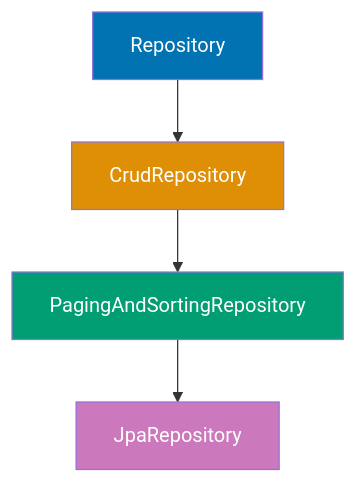
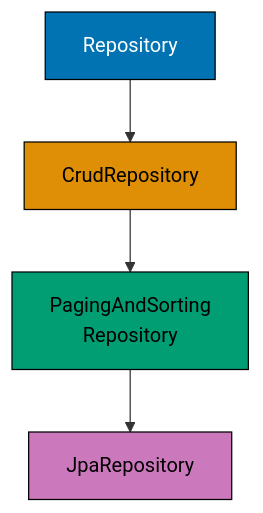
One commit to wahidyankf/ose-public changed the sixth of 10 diagrams in apps/ayokoding-www/content/en/learn/legacy/software-engineering/platforms/web/tools/jvm-spring-boot/by-example/beginner.md. Above: the diagram before and after it, drawn with Mermaid. The commit also changed other lines of this file and 130 other files, not shown here.

First line of the commit message:
fix(mermaid): bring the legacy platforms diagrams onto the accessible palette

````diff
--- a/apps/ayokoding-www/content/en/learn/legacy/software-engineering/platforms/web/tools/jvm-spring-boot/by-example/beginner.md
+++ b/apps/ayokoding-www/content/en/learn/legacy/software-engineering/platforms/web/tools/jvm-spring-boot/by-example/beginner.md
@@ -1737,12 +1771,19 @@
 ```mermaid
 %% Color Palette: Blue #0173B2, Orange #DE8F05, Teal #029E73, Purple #CC78BC, Brown #CA9161
 graph TD
+    accTitle: Example 10: Spring Data JPA Introduction
+    accDescr: Graph with 4 nodes and 3 connections. Nodes: Repository, CrudRepository, PagingAndSorting Repository, JpaRepository. Connections: Repository to CrudRepository, CrudRepository to PagingAndSorting Repository, PagingAndSorting Repository to JpaRepository.
     Repository["Repository"] --> CrudRepository["CrudRepository"]
-    CrudRepository --> PagingAndSortingRepository["PagingAndSortingRepository"]
+    CrudRepository --> PagingAndSortingRepository["PagingAndSorting<br/>Repository"]
     PagingAndSortingRepository --> JpaRepository["JpaRepository"]
 
-    style Repository fill:#0173B2,color:#fff
-    style CrudRepository fill:#DE8F05,color:#fff
-    style PagingAndSortingRepository fill:#029E73,color:#fff
-    style JpaRepository fill:#CC78BC,color:#fff
+    classDef pal-0173B2 fill:#0173B2,stroke:#000000,color:#FFFFFF
+    class Repository pal-0173B2
+    classDef pal-DE8F05 fill:#DE8F05,stroke:#000000,color:#000000
+    class CrudRepository pal-DE8F05
+    classDef pal-029E73 fill:#029E73,stroke:#000000,color:#000000
+    class PagingAndSortingRepository pal-029E73
+    classDef pal-CC78BC fill:#CC78BC,stroke:#000000,color:#000000
+    class JpaRepository pal-CC78BC
+    classDef default fill:#FFFFFF,stroke:#000000,color:#000000
 ```
````
